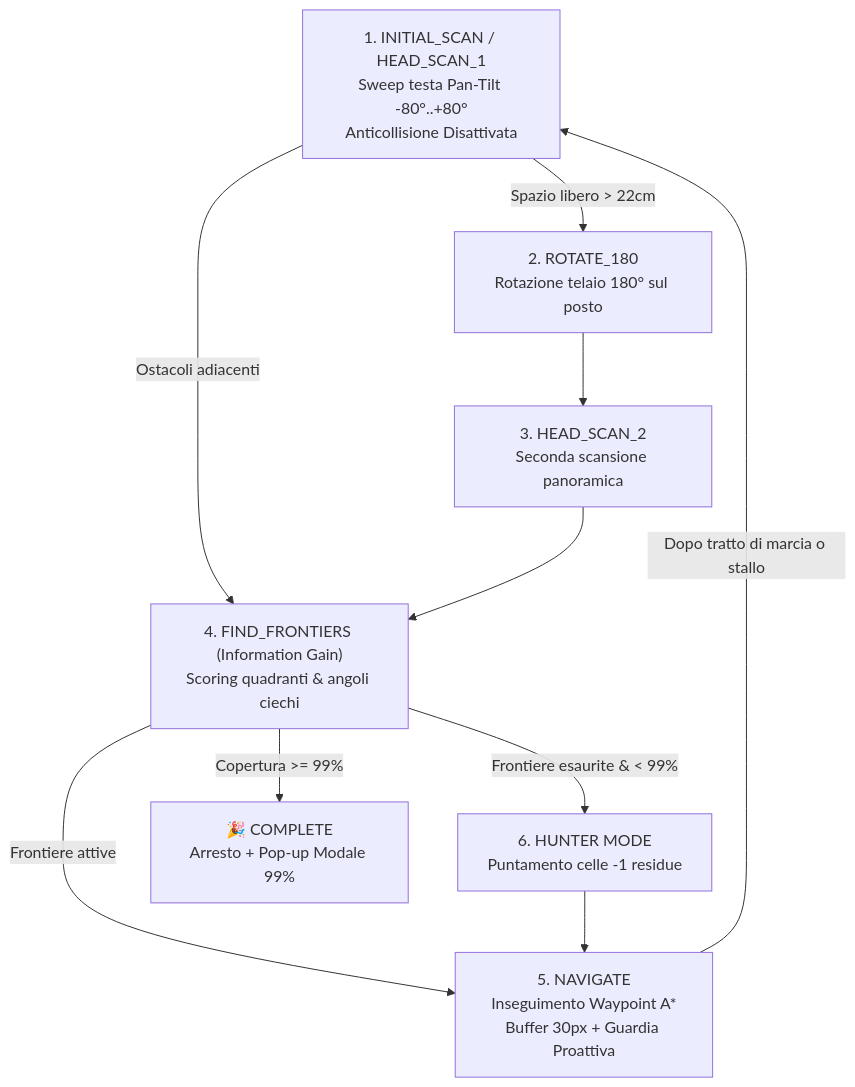
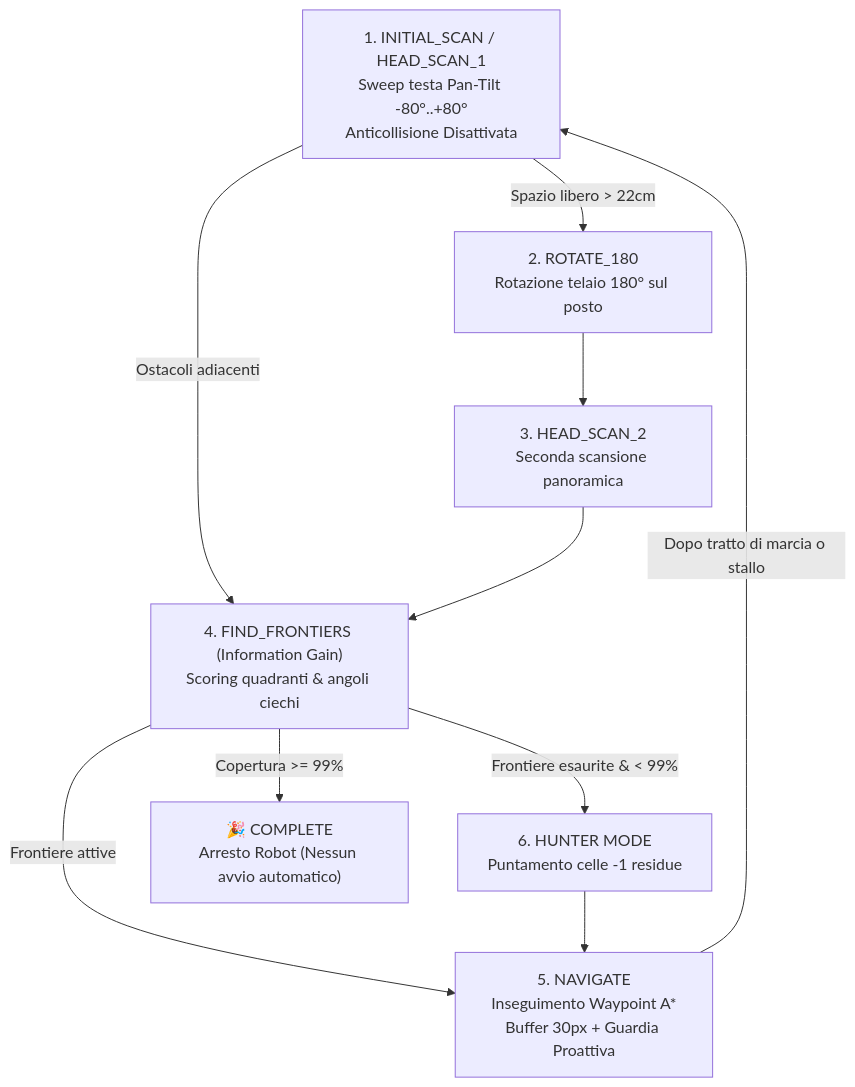
Before and after one commit to matteocalderoni/esperimenti: the diagram in simulazione/guide/capitolo_07_esplorazione_slam_vlm.md, drawn with Mermaid. The commit also changed other lines of this file and 7 other files, not shown here.

````diff
--- a/simulazione/guide/capitolo_07_esplorazione_slam_vlm.md
+++ b/simulazione/guide/capitolo_07_esplorazione_slam_vlm.md
@@ -11,12 +14,12 @@
 ```mermaid
 graph TD
     S0["1. INITIAL_SCAN / HEAD_SCAN_1<br>Sweep testa Pan-Tilt -80°..+80°<br>Anticollisione Disattivata"] -->|Spazio libero > 22cm| S1["2. ROTATE_180<br>Rotazione telaio 180° sul posto"]
     S0 -->|Ostacoli adiacenti| S3["4. FIND_FRONTIERS (Information Gain)<br>Scoring quadranti & angoli ciechi"]
     S1 --> S2["3. HEAD_SCAN_2<br>Seconda scansione panoramica"]
     S2 --> S3
     S3 -->|Frontiere attive| S4["5. NAVIGATE<br>Inseguimento Waypoint A*<br>Buffer 30px + Guardia Proattiva"]
     S3 -->|Frontiere esaurite & < 99%| S6["6. HUNTER MODE<br>Puntamento celle -1 residue"]
     S6 --> S4
     S4 -->|Dopo tratto di marcia o stallo| S0
-    S3 -->|Copertura >= 99%| S5["🎉 COMPLETE<br>Arresto + Pop-up Modale 99%"]
+    S3 -->|Copertura >= 99%| S5["🎉 COMPLETE<br>Arresto Robot (Nessun avvio automatico)"]
 ```
````
